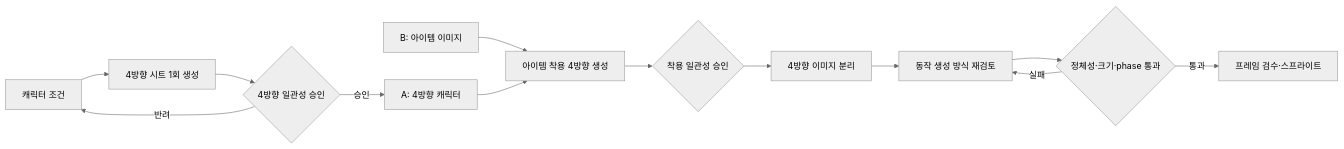
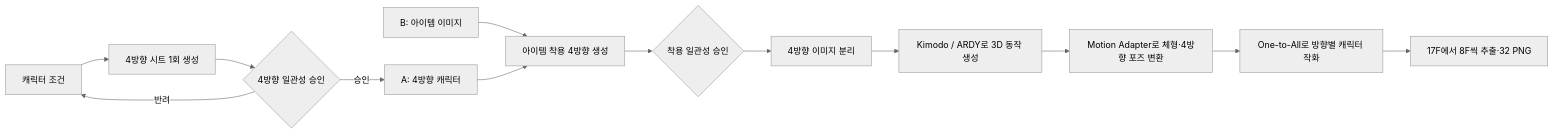
The diagram in docs/PRODUCT_PLAN.md (yyeongjin/2d-assets-generator), drawn with Mermaid (neutral theme) before and after one commit. The commit also changed other lines of this file, not shown here.

````diff
--- a/docs/PRODUCT_PLAN.md
+++ b/docs/PRODUCT_PLAN.md
@@ -9,15 +9,15 @@
 ```mermaid
 flowchart LR
     A["캐릭터 조건"] --> B["4방향 시트 1회 생성"]
     B --> C{"4방향 일관성 승인"}
     C -->|"반려"| A
     C -->|"승인"| D["A: 4방향 캐릭터"]
     E["B: 아이템 이미지"] --> F["아이템 착용 4방향 생성"]
     D --> F
     F --> G{"착용 일관성 승인"}
     G --> H["4방향 이미지 분리"]
-    H --> I["동작 생성 방식 재검토"]
-    I --> J{"정체성·크기·phase 통과"}
-    J -->|"실패"| I
-    J -->|"통과"| K["프레임 검수·스프라이트"]
+    H --> I["Kimodo / ARDY로 3D 동작 생성"]
+    I --> J["Motion Adapter로 체형·4방향 포즈 변환"]
+    J --> K["One-to-All로 방향별 캐릭터 작화"]
+    K --> L["17F에서 8F씩 추출·32 PNG"]
 ```
````
